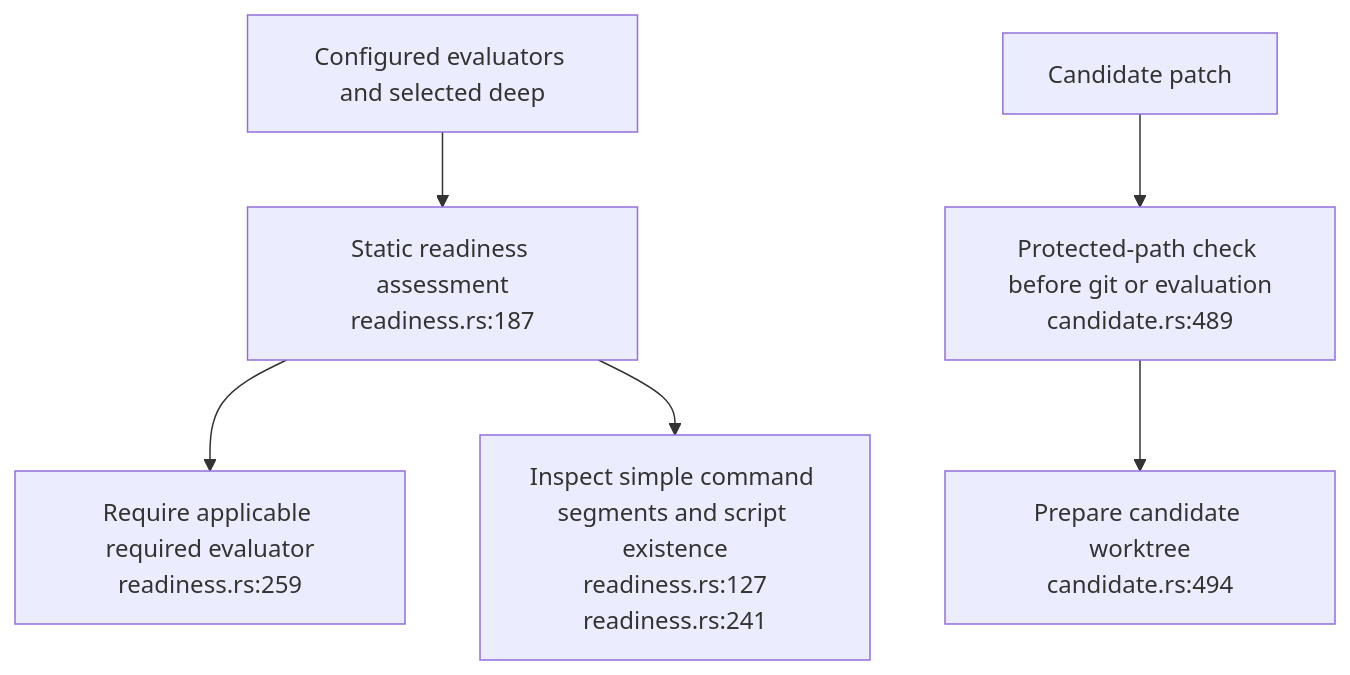
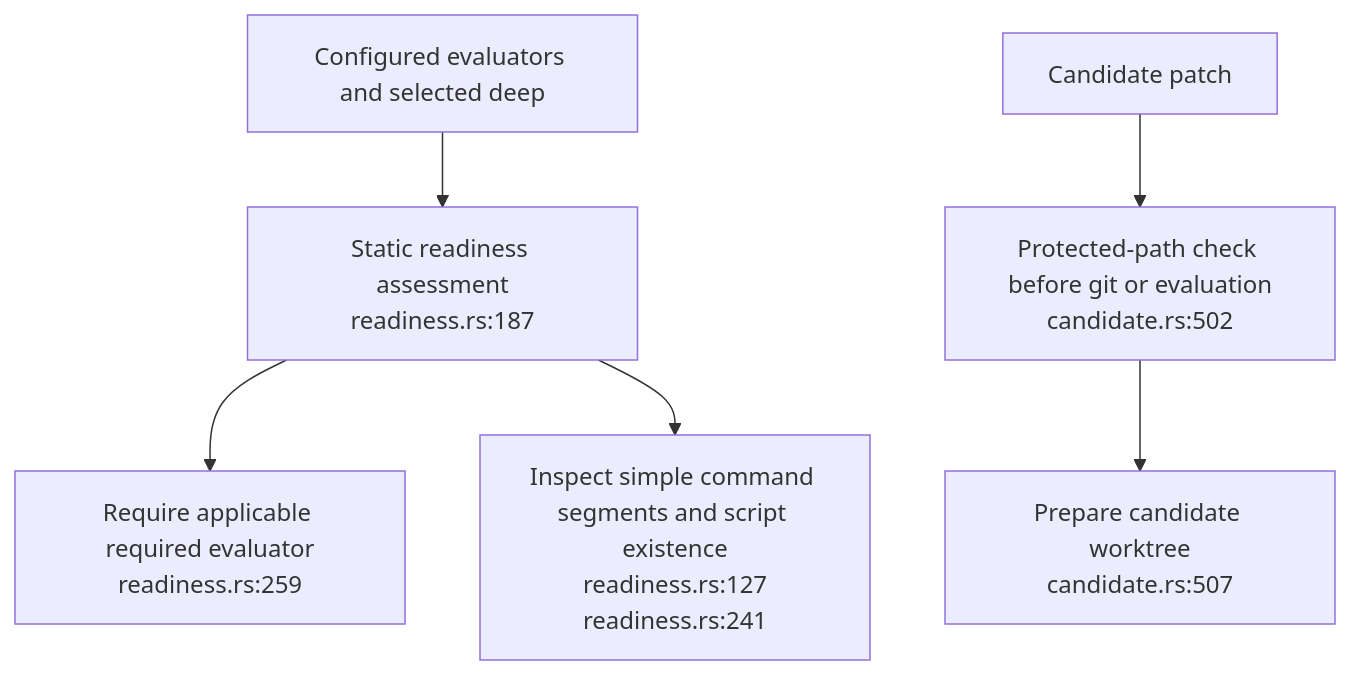
Before and after one commit to DreamLab-AI/VisionFlow: the first of 4 diagrams in docs/diagrams/dream-engine/02-candidate-and-evidence-boundaries.md, drawn with Mermaid. The commit also changed other lines of this file and 36 other files, not shown here.

First line of the commit message:
docs(diagrams): re-derive and re-stamp agentbox, dream-engine, visioncraft, visiontouch and vowl topics; drop LAN addresses

````diff
--- a/docs/diagrams/dream-engine/02-candidate-and-evidence-boundaries.md
+++ b/docs/diagrams/dream-engine/02-candidate-and-evidence-boundaries.md
@@ -36,8 +36,8 @@
 ```mermaid
 flowchart TB
     CFG["Configured evaluators and selected deep"] --> READY["Static readiness assessment<br/>readiness.rs:187"]
     READY --> REQUIRED["Require applicable required evaluator<br/>readiness.rs:259"]
     READY --> CMD["Inspect simple command segments and script existence<br/>readiness.rs:127<br/>readiness.rs:241"]
-    PATCH["Candidate patch"] --> GUARD["Protected-path check before git or evaluation<br/>candidate.rs:489"]
-    GUARD --> BUILD["Prepare candidate worktree<br/>candidate.rs:494"]
+    PATCH["Candidate patch"] --> GUARD["Protected-path check before git or evaluation<br/>candidate.rs:502"]
+    GUARD --> BUILD["Prepare candidate worktree<br/>candidate.rs:507"]
 ```
````
